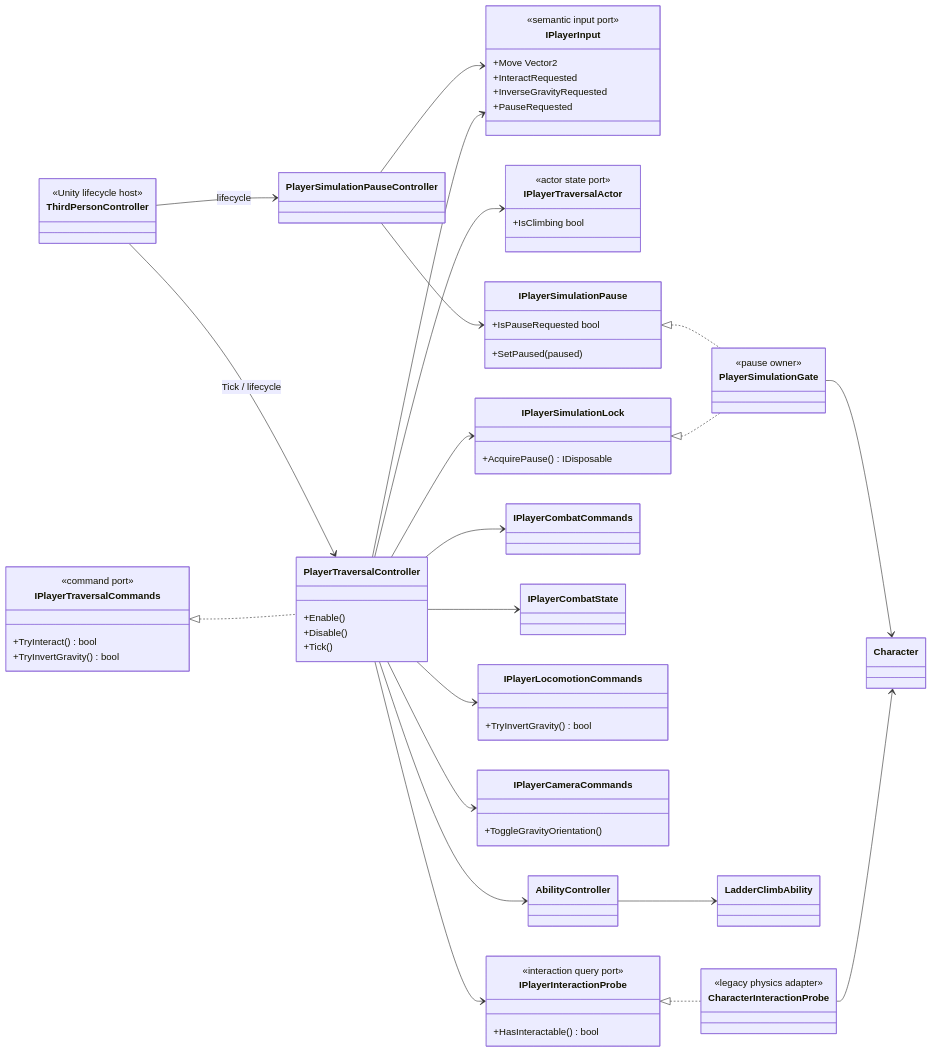
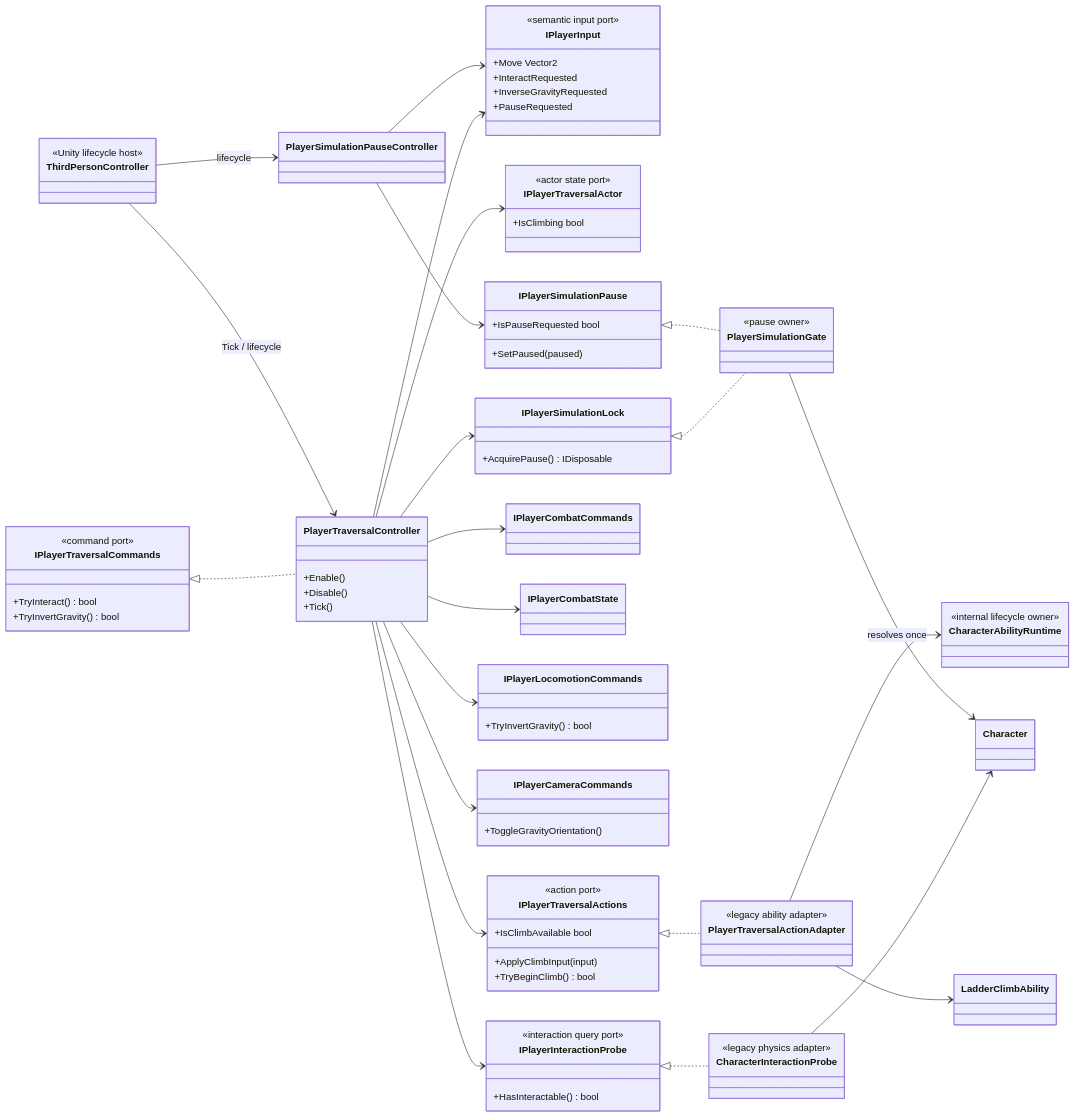
Before and after one commit to MaximFonariuc/project-s: the first of 2 diagrams in Docs/Architecture/Player.Traversal.md, drawn with Mermaid. The commit also changed other lines of this file and 21 other files, not shown here.

Commit message:
refactor: isolate character ability runtime

```diff
--- a/Docs/Architecture/Player.Traversal.md
+++ b/Docs/Architecture/Player.Traversal.md
@@ -40,7 +40,18 @@
     class CharacterInteractionProbe {
         <<legacy physics adapter>>
     }
-    class AbilityController
+    class IPlayerTraversalActions {
+        <<action port>>
+        +IsClimbAvailable bool
+        +ApplyClimbInput(input)
+        +TryBeginClimb() bool
+    }
+    class PlayerTraversalActionAdapter {
+        <<legacy ability adapter>>
+    }
+    class CharacterAbilityRuntime {
+        <<internal lifecycle owner>>
+    }
     class LadderClimbAbility
     class IPlayerCombatCommands
     class IPlayerCombatState
@@ -70,13 +81,15 @@
     PlayerTraversalController --> IPlayerInput
     PlayerTraversalController --> IPlayerTraversalActor
     PlayerTraversalController --> IPlayerInteractionProbe
-    PlayerTraversalController --> AbilityController
+    PlayerTraversalController --> IPlayerTraversalActions
     PlayerTraversalController --> IPlayerCombatCommands
     PlayerTraversalController --> IPlayerCombatState
     PlayerTraversalController --> IPlayerLocomotionCommands
     PlayerTraversalController --> IPlayerCameraCommands
     PlayerTraversalController --> IPlayerSimulationLock
-    AbilityController --> LadderClimbAbility
+    IPlayerTraversalActions <|.. PlayerTraversalActionAdapter
+    PlayerTraversalActionAdapter --> CharacterAbilityRuntime : resolves once
+    PlayerTraversalActionAdapter --> LadderClimbAbility
     IPlayerInteractionProbe <|.. CharacterInteractionProbe
     CharacterInteractionProbe --> Character
     IPlayerSimulationLock <|.. PlayerSimulationGate
```
